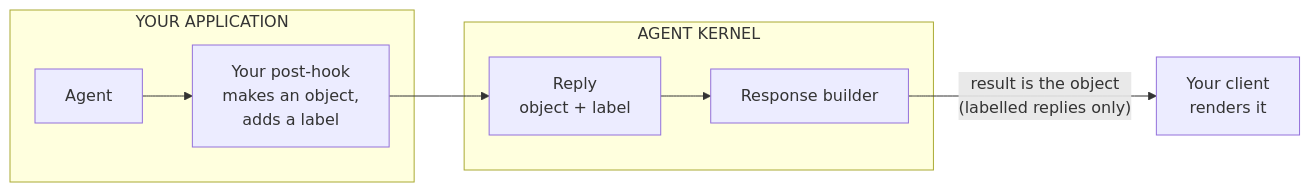
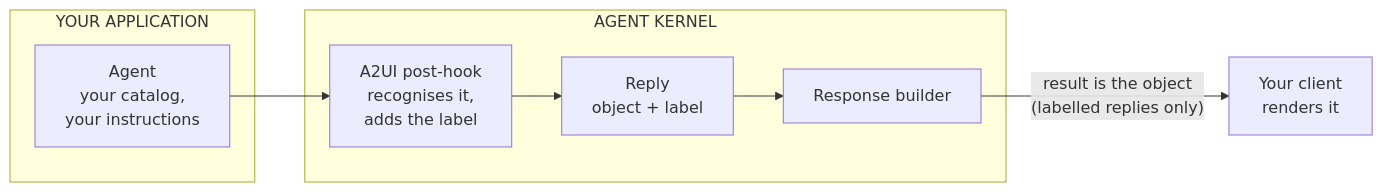
Before and after one commit to yaalalabs/agent-kernel: the diagram in docs/specs/706-a2ui-support/design.md, drawn with Mermaid. The commit also changed other lines of this file, not shown here.

````diff
--- a/docs/specs/706-a2ui-support/design.md
+++ b/docs/specs/706-a2ui-support/design.md
@@ -204,11 +242,12 @@
 ```mermaid
 graph LR
     subgraph APP["YOUR APPLICATION"]
-        A["Agent"] --> H["Your post-hook<br/>makes an object,<br/>adds a label"]
+        A["Agent<br/>your catalog,<br/>your instructions"]
     end
     subgraph AK["AGENT KERNEL"]
-        R["Reply<br/>object + label"] --> S["Response builder"]
+        H["A2UI post-hook<br/>recognises it,<br/>adds the label"] --> R["Reply<br/>object + label"]
+        R --> S["Response builder"]
     end
-    H --> R
+    A --> H
     S -->|"result is the object<br/>(labelled replies only)"| C["Your client<br/>renders it"]
 ```
````
